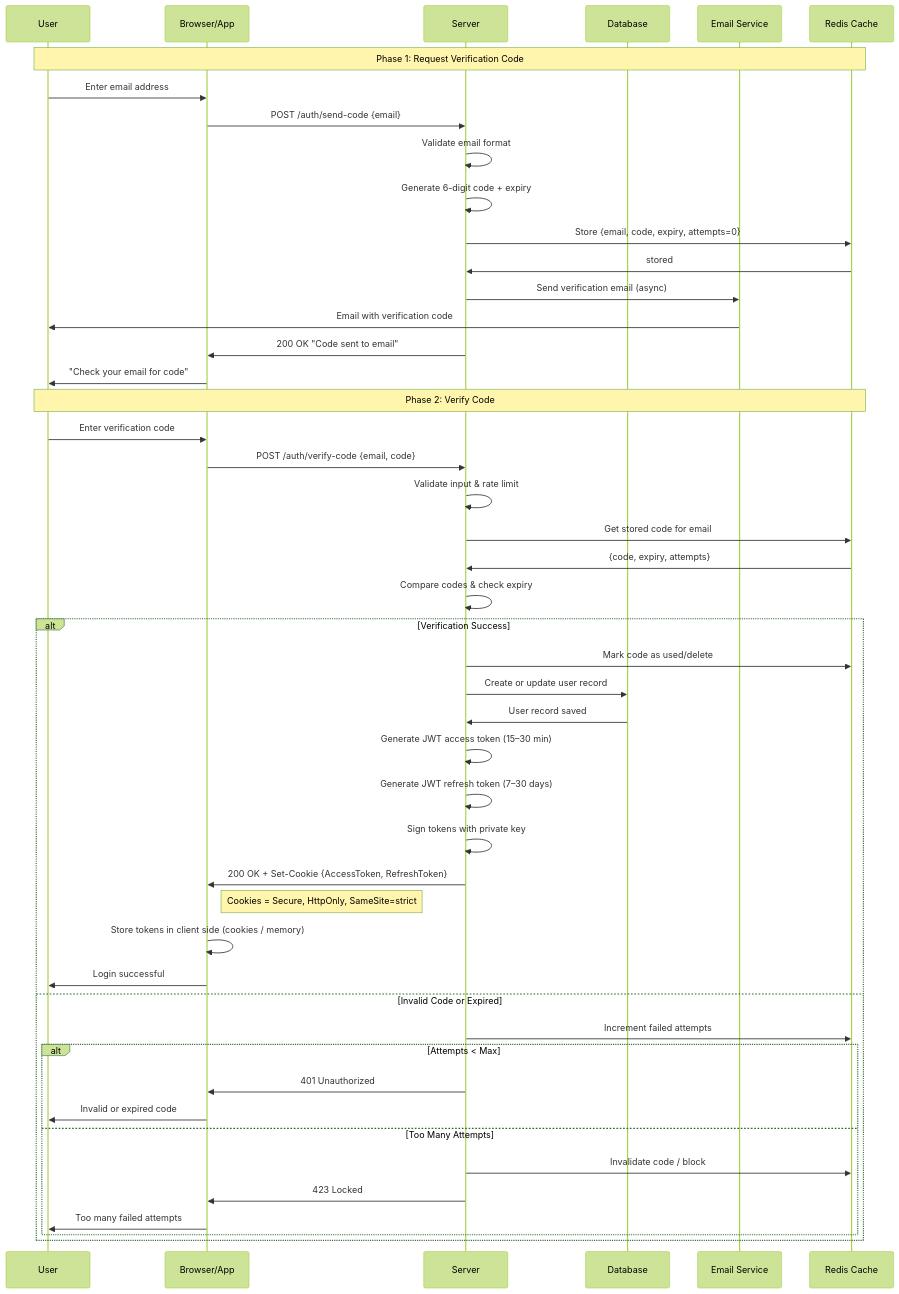
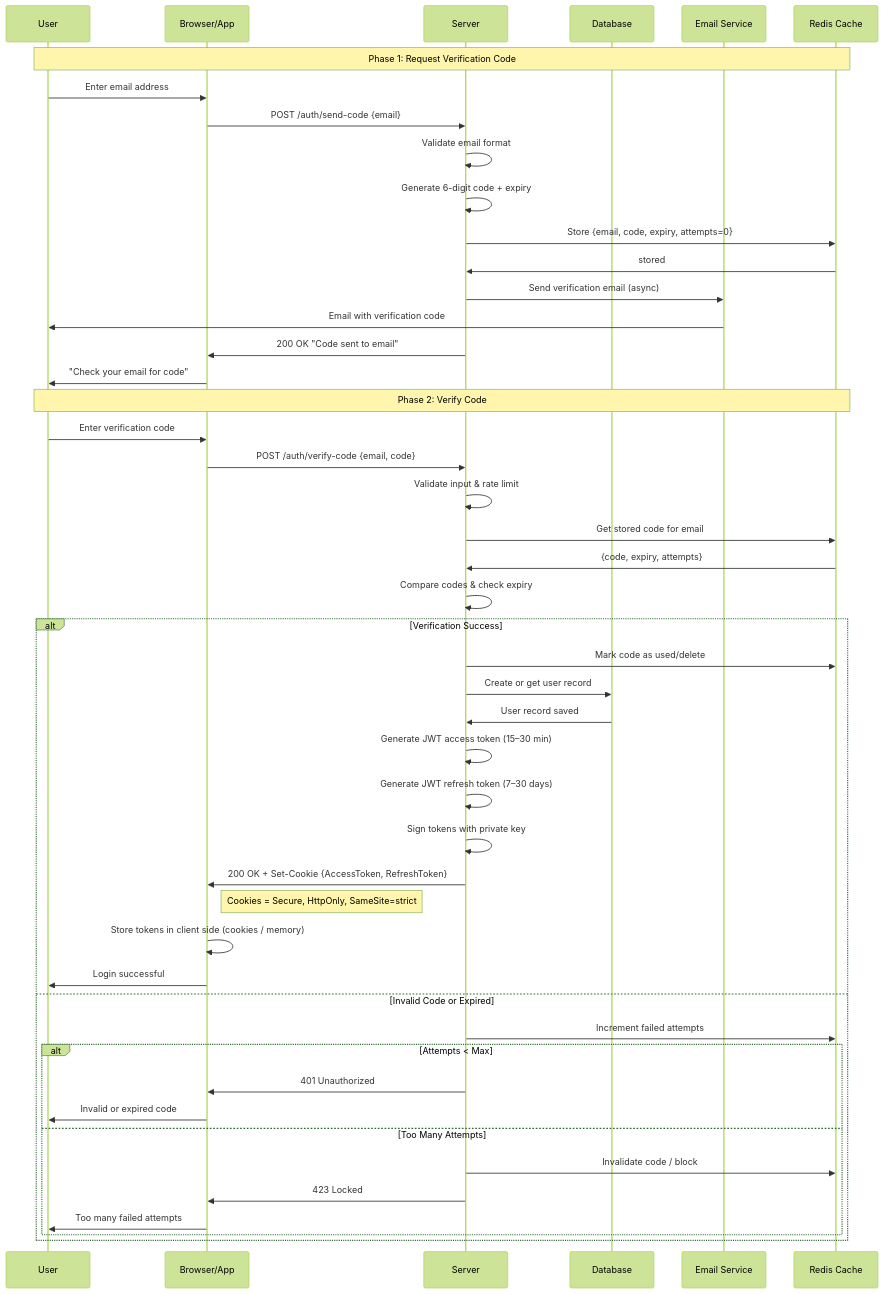
Before and after one commit to randa-magdy/authn-authz-system-design: the second of 4 diagrams in authentication-flows.md, drawn with Mermaid (forest theme). The commit also changed other lines of this file, not shown here.

````diff
--- a/authentication-flows.md
+++ b/authentication-flows.md
@@ -116,57 +116,57 @@
 ```mermaid
 sequenceDiagram
     participant U as User
     participant B as Browser/App
     participant S as Server
     participant DB as Database
     participant ES as Email Service
     participant Cache as Redis Cache
 
     Note over U,Cache: Phase 1: Request Verification Code
     U->>B: Enter email address
     B->>S: POST /auth/send-code {email}
     
     S->>S: Validate email format
     S->>S: Generate 6-digit code + expiry
     S->>Cache: Store {email, code, expiry, attempts=0}
     Cache->>S: stored
     
     S->>ES: Send verification email (async)
     ES->>U: Email with verification code
     
     S->>B: 200 OK "Code sent to email"
     B->>U: "Check your email for code"
 
     Note over U,Cache: Phase 2: Verify Code
     U->>B: Enter verification code
     B->>S: POST /auth/verify-code {email, code}
     
     S->>S: Validate input & rate limit
     S->>Cache: Get stored code for email
     Cache->>S: {code, expiry, attempts}
     
     S->>S: Compare codes & check expiry
     
     alt Verification Success
         S->>Cache: Mark code as used/delete
-        S->>DB: Create or update user record
+        S->>DB: Create or get user record
         DB->>S: User record saved
         S->>S: Generate JWT access token (15–30 min)
         S->>S: Generate JWT refresh token (7–30 days)
         S->>S: Sign tokens with private key
         S->>B: 200 OK + Set-Cookie {AccessToken, RefreshToken}
         Note right of B: Cookies = Secure, HttpOnly, SameSite=strict
         B->>B: Store tokens in client side (cookies / memory)
         B->>U: Login successful
     else Invalid Code or Expired
         S->>Cache: Increment failed attempts
         alt Attempts < Max
             S->>B: 401 Unauthorized
             B->>U: Invalid or expired code
         else Too Many Attempts
             S->>Cache: Invalidate code / block
             S->>B: 423 Locked
             B->>U: Too many failed attempts
         end
     end
 ```
````
